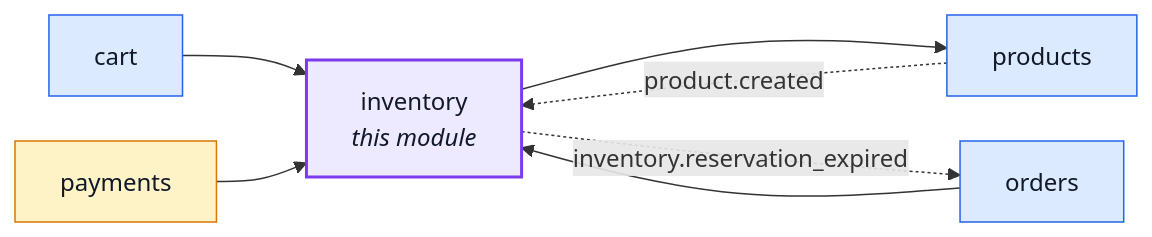
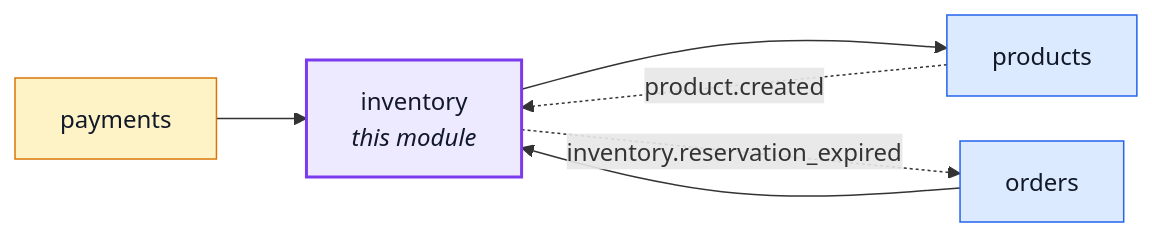
Before and after one commit to Guebbit/boilerplate-node-backend: the first of 2 diagrams in docs/modules/inventory.md, drawn with Mermaid. The commit also changed 6 other files, not shown here.

````diff
--- a/docs/modules/inventory.md
+++ b/docs/modules/inventory.md
@@ -16,24 +16,22 @@
 ```mermaid
 %%{init: {'flowchart': {'nodeSpacing': 30, 'rankSpacing': 60}}}%%
 flowchart LR
     inventory["inventory<br/><i>this module</i>"]
-    cart["cart"]
     orders["orders"]
     payments["payments"]
     products["products"]
 
-    cart --> inventory
     orders --> inventory
     payments --> inventory
     inventory --> products
     products -. "product.created" .-> inventory
     inventory -. "inventory.reservation_expired" .-> orders
 
     classDef core fill:#dbeafe,stroke:#2563eb,color:#111827;
     classDef supporting fill:#fef3c7,stroke:#d97706,color:#111827;
     classDef generic fill:#dcfce7,stroke:#16a34a,color:#111827;
     classDef centre fill:#ede9fe,stroke:#7c3aed,stroke-width:2px,color:#111827;
-    class cart,orders,products core;
+    class orders,products core;
     class payments supporting;
     class inventory centre;
 ```
````
